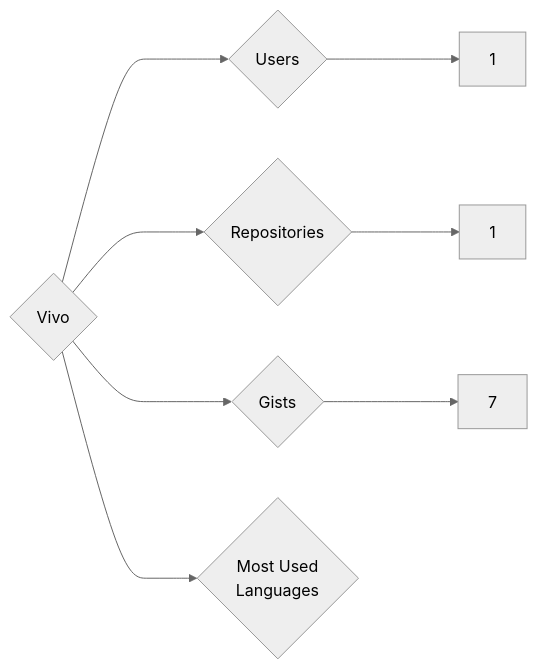
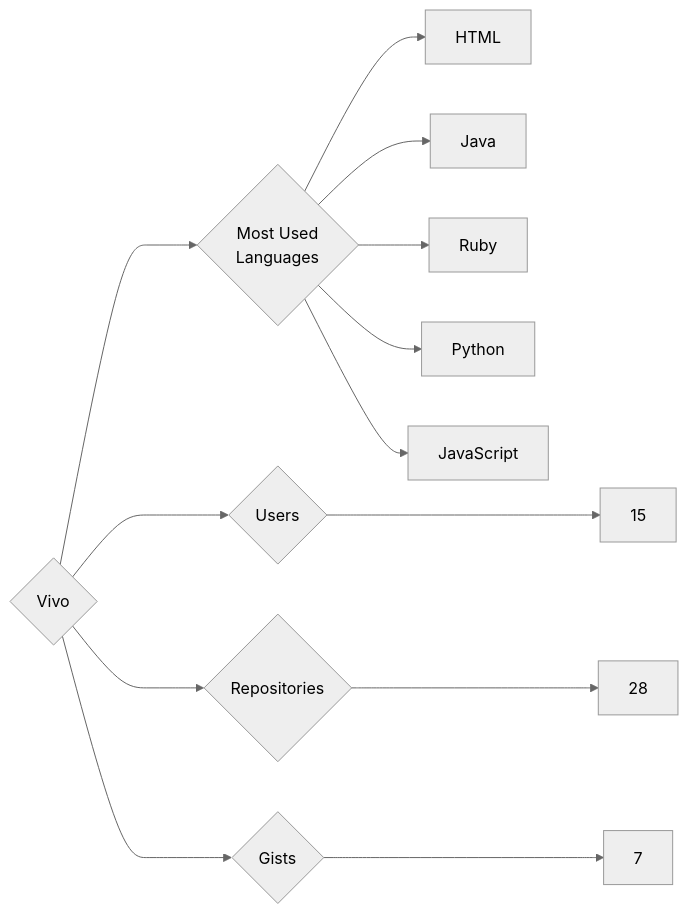
One commit to trickest/insiders changed the diagram in targets/Vivo/README.md. Above: the diagram before and after it, drawn with Mermaid (neutral theme). The commit also changed 920 other files, not shown here.

````diff
--- a/targets/Vivo/README.md
+++ b/targets/Vivo/README.md
@@ -3,8 +3,13 @@
 ```mermaid
 graph LR
 COMPANY_NAME{Vivo}
-COMPANY_NAME ---> U{Users} ---> UN[1]
-COMPANY_NAME ---> R{Repositories} ---> RN[1]
+COMPANY_NAME ---> U{Users} ---> UN[15]
+COMPANY_NAME ---> R{Repositories} ---> RN[28]
 COMPANY_NAME ---> G{Gists} ---> GN[7]
 COMPANY_NAME ---> ML{Most Used<br>Languages}
+ML --> HTML[HTML]
+ML --> Java[Java]
+ML --> Ruby[Ruby]
+ML --> Python[Python]
+ML --> JavaScript[JavaScript]
 ```
````
